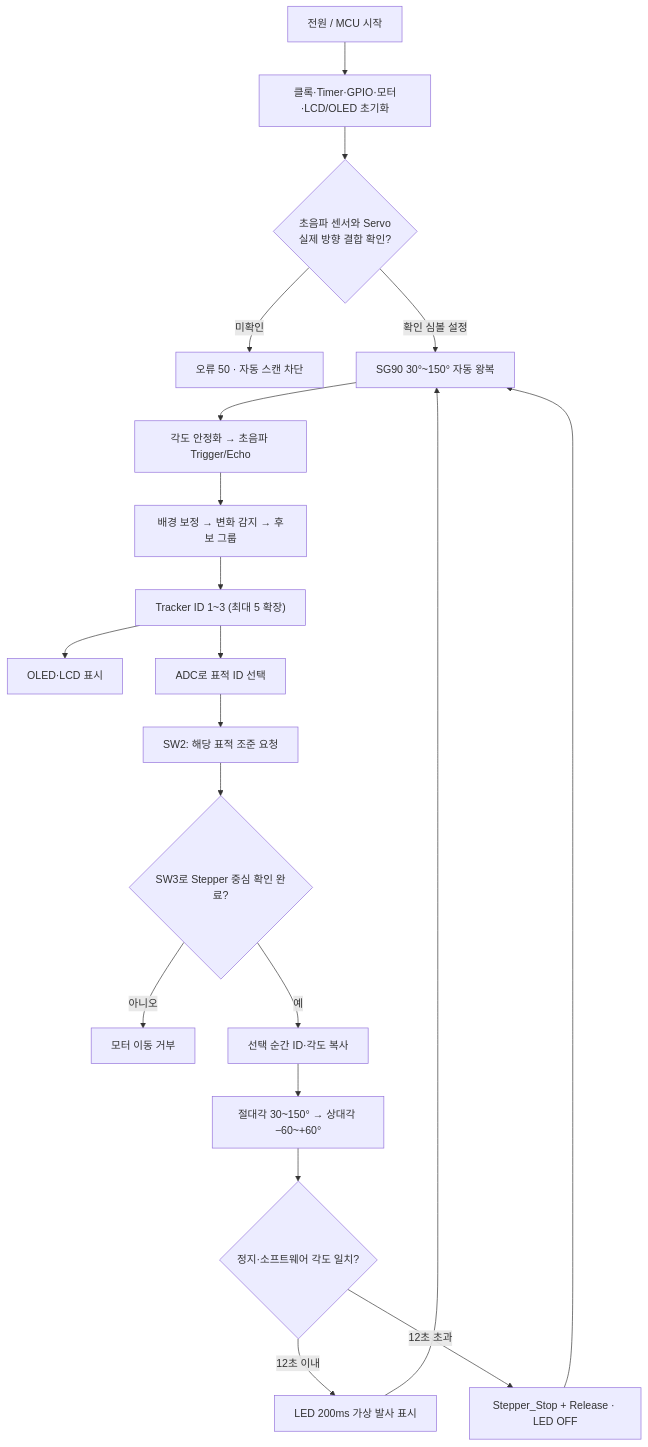
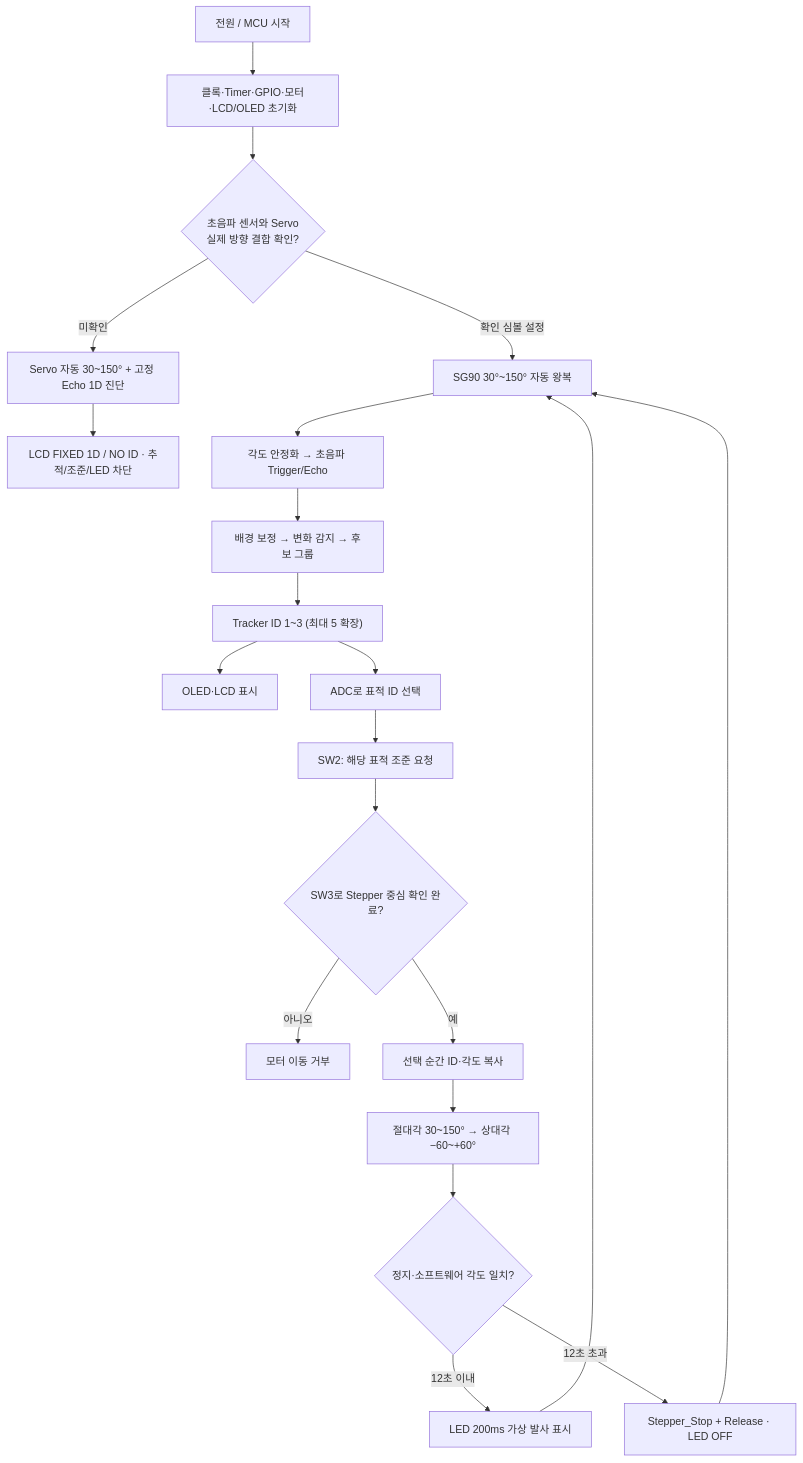
One commit to ulhannnah/MP_TerP changed the diagram in docs/20261126_최종_레이더_브랜치_동작구조_및_검증.md. Above: the diagram before and after it, drawn with Mermaid. The commit also changed other lines of this file, not shown here.

````diff
--- a/docs/20261126_최종_레이더_브랜치_동작구조_및_검증.md
+++ b/docs/20261126_최종_레이더_브랜치_동작구조_및_검증.md
@@ -26,23 +28,24 @@
 ```mermaid
 flowchart TD
     POWER["전원 / MCU 시작"] --> CFG["클록·Timer·GPIO·모터·LCD/OLED 초기화"]
     CFG --> G{"초음파 센서와 Servo
 실제 방향 결합 확인?"}
-    G -->|"미확인"| BLOCK["오류 50 · 자동 스캔 차단"]
+    G -->|"미확인"| D1["Servo 자동 30~150° + 고정 Echo 1D 진단"]
+    D1 --> D2["LCD FIXED 1D / NO ID · 추적/조준/LED 차단"]
     G -->|"확인 심볼 설정"| SCAN["SG90 30°~150° 자동 왕복"]
     SCAN --> ECHO["각도 안정화 → 초음파 Trigger/Echo"]
     ECHO --> DETECT["배경 보정 → 변화 감지 → 후보 그룹"]
     DETECT --> TRACK["Tracker ID 1~3 (최대 5 확장)"]
     TRACK --> DISPLAY["OLED·LCD 표시"]
     TRACK --> SELECT["ADC로 표적 ID 선택"]
     SELECT --> REQUEST["SW2: 해당 표적 조준 요청"]
     REQUEST --> HOME{"SW3로 Stepper 중심 확인 완료?"}
     HOME -->|"아니오"| REJECT["모터 이동 거부"]
     HOME -->|"예"| HOLD["선택 순간 ID·각도 복사"]
     HOLD --> STEP["절대각 30~150° → 상대각 −60~+60°"]
     STEP --> FINISH{"정지·소프트웨어 각도 일치?"}
     FINISH -->|"12초 이내"| LED["LED 200ms 가상 발사 표시"]
     FINISH -->|"12초 초과"| STOP["Stepper_Stop + Release · LED OFF"]
     LED --> SCAN
     STOP --> SCAN
 ```
````
